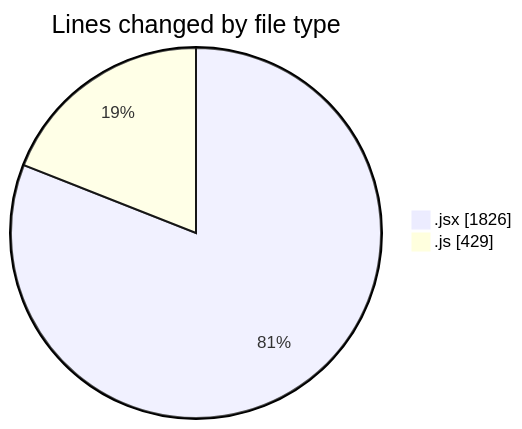
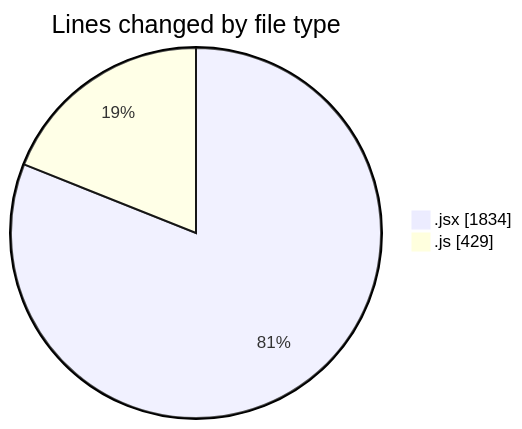
The first of 2 diagrams in 2025-06-03/nxtqube_webapp/README.md (nxtqubesakshisongat/code-tracking), drawn with Mermaid before and after one commit. The commit also changed other lines of this file and 1 other file, not shown here.

````diff
--- a/2025-06-03/nxtqube_webapp/README.md
+++ b/2025-06-03/nxtqube_webapp/README.md
@@ -21,6 +21,6 @@
 ```mermaid
 pie showData
 title Lines changed by file type
-".jsx" : 1826
+".jsx" : 1834
 ".js" : 429
 ```
````
